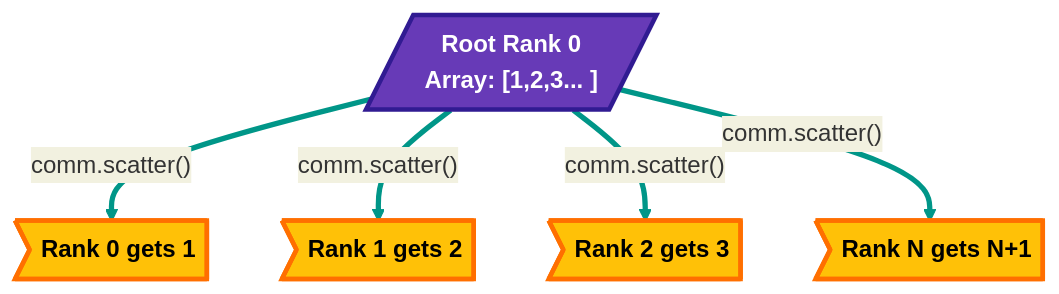
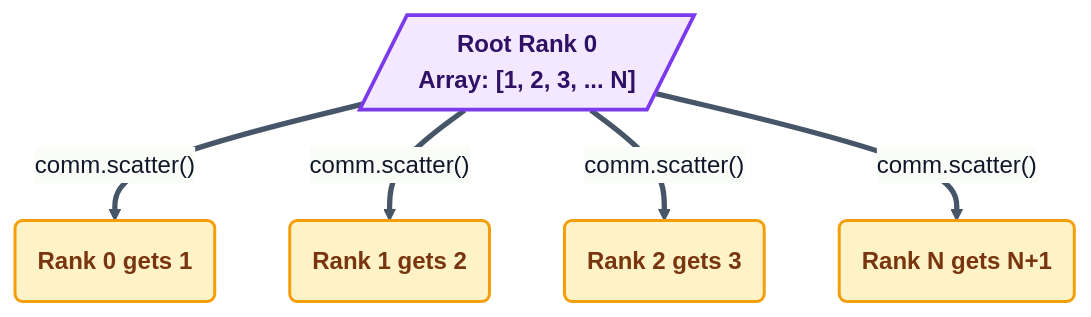
The fifth of 8 diagrams in SyedMuhammadHuzaifaAshrafi-(23FA-035-SE)/Chapter04/README.md (RameenAnwar/PDC-SP26-SE), drawn with Mermaid before and after one commit. The commit also changed other lines of this file and 5 other files, not shown here.

````diff
--- a/SyedMuhammadHuzaifaAshrafi-(23FA-035-SE)/Chapter04/README.md
+++ b/SyedMuhammadHuzaifaAshrafi-(23FA-035-SE)/Chapter04/README.md
@@ -241,21 +134,21 @@
 ```mermaid
-%%{init: {'theme': 'base', 'themeVariables': { 'lineColor': '#009688', 'primaryColor': '#E0F2F1' }}}%%
+%%{init: {'theme': 'base', 'themeVariables': { 'lineColor': '#475569', 'primaryColor': '#f8fafc', 'primaryTextColor': '#0f172a', 'primaryBorderColor': '#cbd5e1' }}}%%
 flowchart TD
-    %% Pro Max Scatter Pattern
-    classDef source fill:#673AB7,stroke:#311B92,stroke-width:3px,color:#FFFFFF,font-weight:bold
-    classDef target fill:#FFC107,stroke:#FF6F00,stroke-width:3px,color:#000000,font-weight:bold
+    %% Premium Scatter Pattern
+    classDef source fill:#f3e8ff,stroke:#7c3aed,stroke-width:2.5px,color:#2e1065,font-weight:bold
+    classDef target fill:#fef3c7,stroke:#f59e0b,stroke-width:2px,color:#78350f,font-weight:bold
 
-    Root[/"Root Rank 0 \n Array: [1,2,3... ]"/]
-    P0>"Rank 0 gets 1"]
-    P1>"Rank 1 gets 2"]
-    P2>"Rank 2 gets 3"]
-    PN>"Rank N gets N+1"]
+    Root[/"Root Rank 0 <br> Array: [1, 2, 3, ... N]"/]
+    P0("Rank 0 gets 1")
+    P1("Rank 1 gets 2")
+    P2("Rank 2 gets 3")
+    PN("Rank N gets N+1")
 
     Root == "comm.scatter()" ==> P0
     Root == "comm.scatter()" ==> P1
     Root == "comm.scatter()" ==> P2
     Root == "comm.scatter()" ==> PN
 
     class Root source
     class P0,P1,P2,PN target
 ```
````
